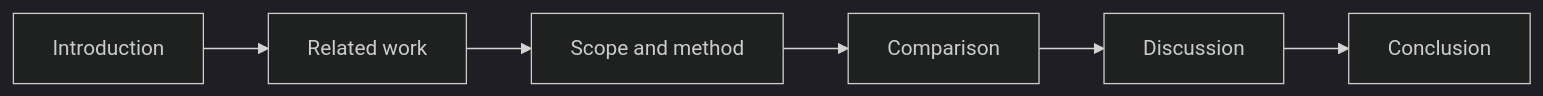
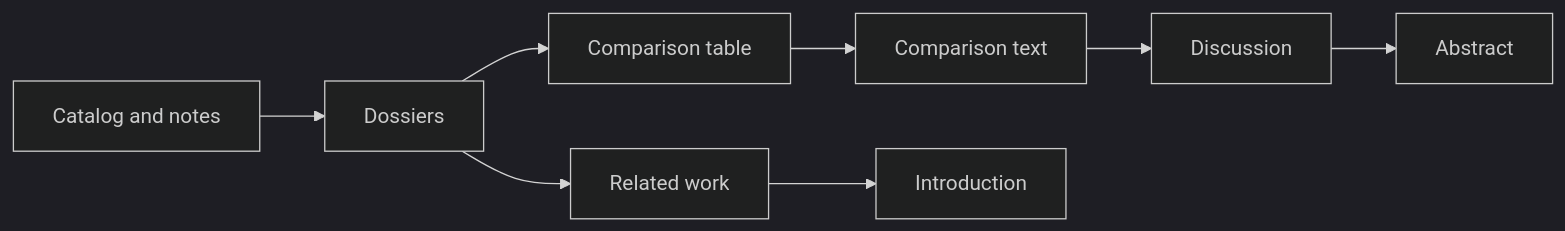
Before and after one commit to jonaHaggarde/literature_study_template: the diagram in article/README.md, drawn with Mermaid (dark theme). The commit also changed other lines of this file and 8 other files, not shown here.

````diff
--- a/article/README.md
+++ b/article/README.md
@@ -21,8 +45,10 @@
 ```mermaid
 flowchart LR
-  I[Introduction] --> R[Related work]
-  R --> M[Scope and method]
-  M --> C[Comparison]
-  C --> D[Discussion]
-  D --> K[Conclusion]
+  C[Catalog and notes] --> D[Dossiers]
+  D --> T[Comparison table]
+  D --> R[Related work]
+  T --> P[Comparison text]
+  R --> I[Introduction]
+  P --> K[Discussion]
+  K --> A[Abstract]
 ```
````
